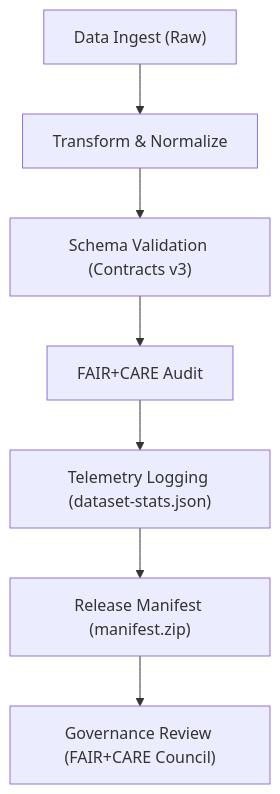
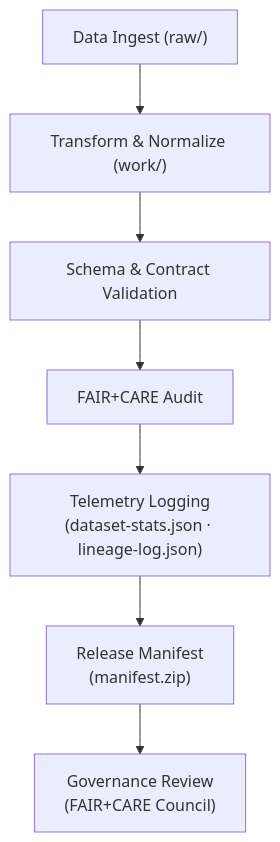
Before and after one commit to bartytime4life/Kansas-Frontier-Matrix: the first of 2 diagrams in docs/data/telemetry/README.md, drawn with Mermaid. The commit also changed other lines of this file, not shown here.

````diff
--- a/docs/data/telemetry/README.md
+++ b/docs/data/telemetry/README.md
@@ -86,9 +142,9 @@
 ```mermaid
 flowchart TD
-A["Data Ingest (Raw)"] --> B["Transform & Normalize"]
-B --> C["Schema Validation (Contracts v3)"]
-C --> D["FAIR+CARE Audit"]
-D --> E["Telemetry Logging (dataset-stats.json)"]
-E --> F["Release Manifest (manifest.zip)"]
-F --> G["Governance Review (FAIR+CARE Council)"]
+  A["Data Ingest (raw/)"] --> B["Transform & Normalize (work/)"]
+  B --> C["Schema & Contract Validation"]
+  C --> D["FAIR+CARE Audit"]
+  D --> E["Telemetry Logging\n(dataset-stats.json · lineage-log.json)"]
+  E --> F["Release Manifest\n(manifest.zip)"]
+  F --> G["Governance Review\n(FAIR+CARE Council)"]
 ```
````
